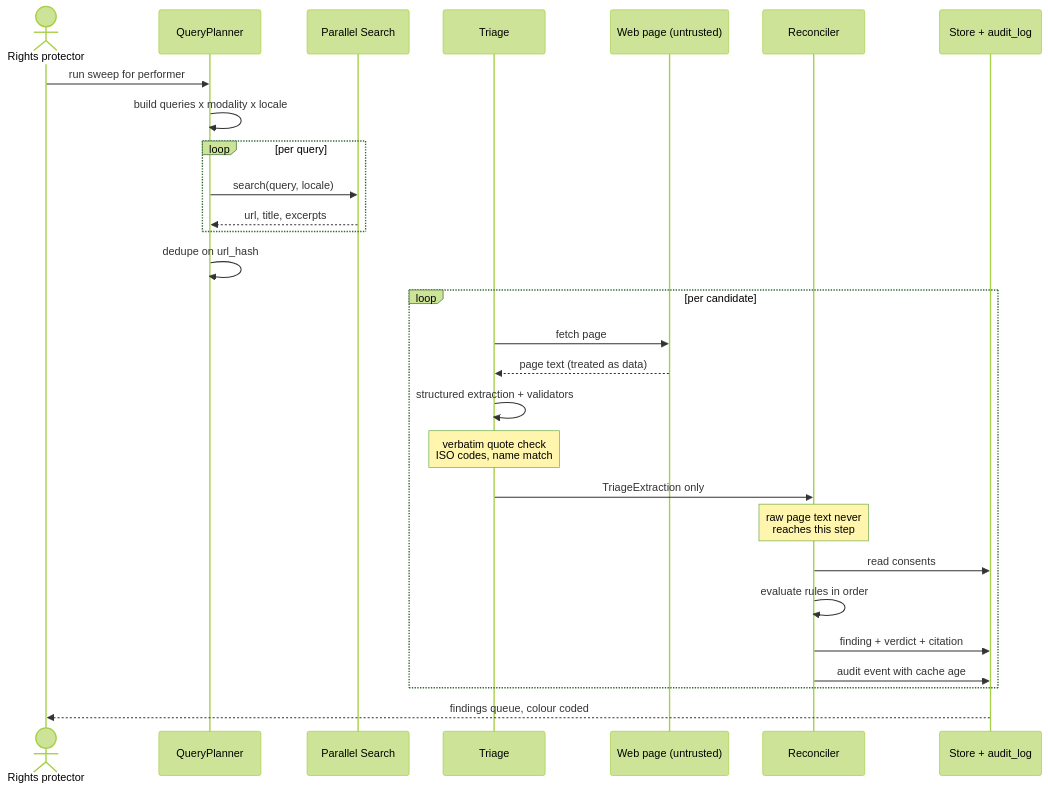
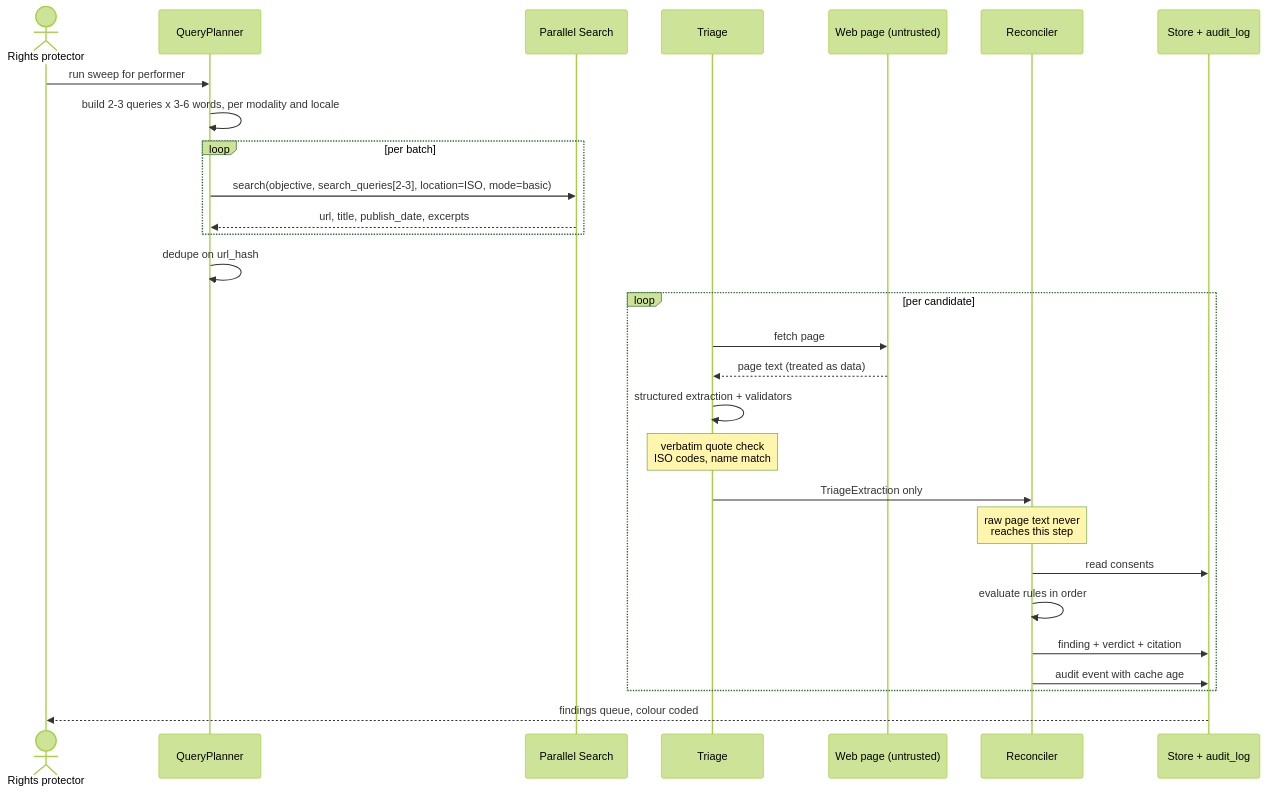
One commit to PRACHIT27/Consentinel changed the third of 9 diagrams in ARCHITECTURE.md. Above: the diagram before and after it, drawn with Mermaid (forest theme). The commit also changed other lines of this file and 6 other files, not shown here.

````diff
--- a/ARCHITECTURE.md
+++ b/ARCHITECTURE.md
@@ -103,31 +131,31 @@
 ```mermaid
 sequenceDiagram
     actor U as Rights protector
     participant QP as QueryPlanner
     participant PS as Parallel Search
     participant TR as Triage
     participant W as Web page (untrusted)
     participant RC as Reconciler
     participant DB as Store + audit_log
 
     U->>QP: run sweep for performer
-    QP->>QP: build queries x modality x locale
-    loop per query
-        QP->>PS: search(query, locale)
-        PS-->>QP: url, title, excerpts
+    QP->>QP: build 2-3 queries x 3-6 words, per modality and locale
+    loop per batch
+        QP->>PS: search(objective, search_queries[2-3], location=ISO, mode=basic)
+        PS-->>QP: url, title, publish_date, excerpts
     end
     QP->>QP: dedupe on url_hash
     loop per candidate
         TR->>W: fetch page
         W-->>TR: page text (treated as data)
         TR->>TR: structured extraction + validators
         Note over TR: verbatim quote check<br/>ISO codes, name match
         TR->>RC: TriageExtraction only
         Note over RC: raw page text never<br/>reaches this step
         RC->>DB: read consents
         RC->>RC: evaluate rules in order
         RC->>DB: finding + verdict + citation
         RC->>DB: audit event with cache age
     end
     DB-->>U: findings queue, colour coded
 ```
````
